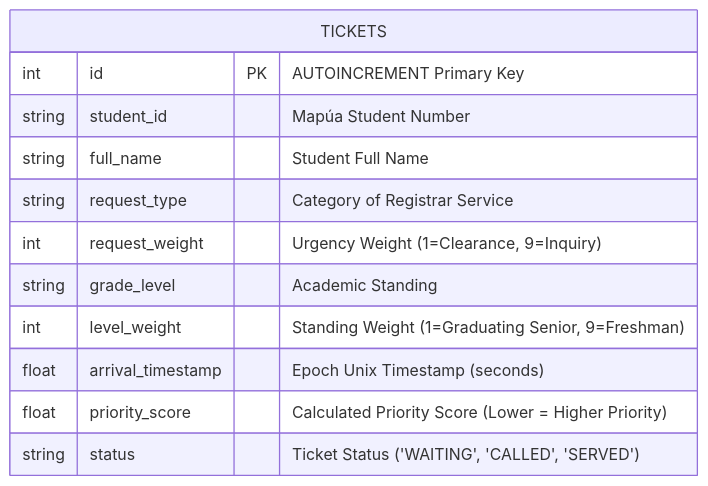
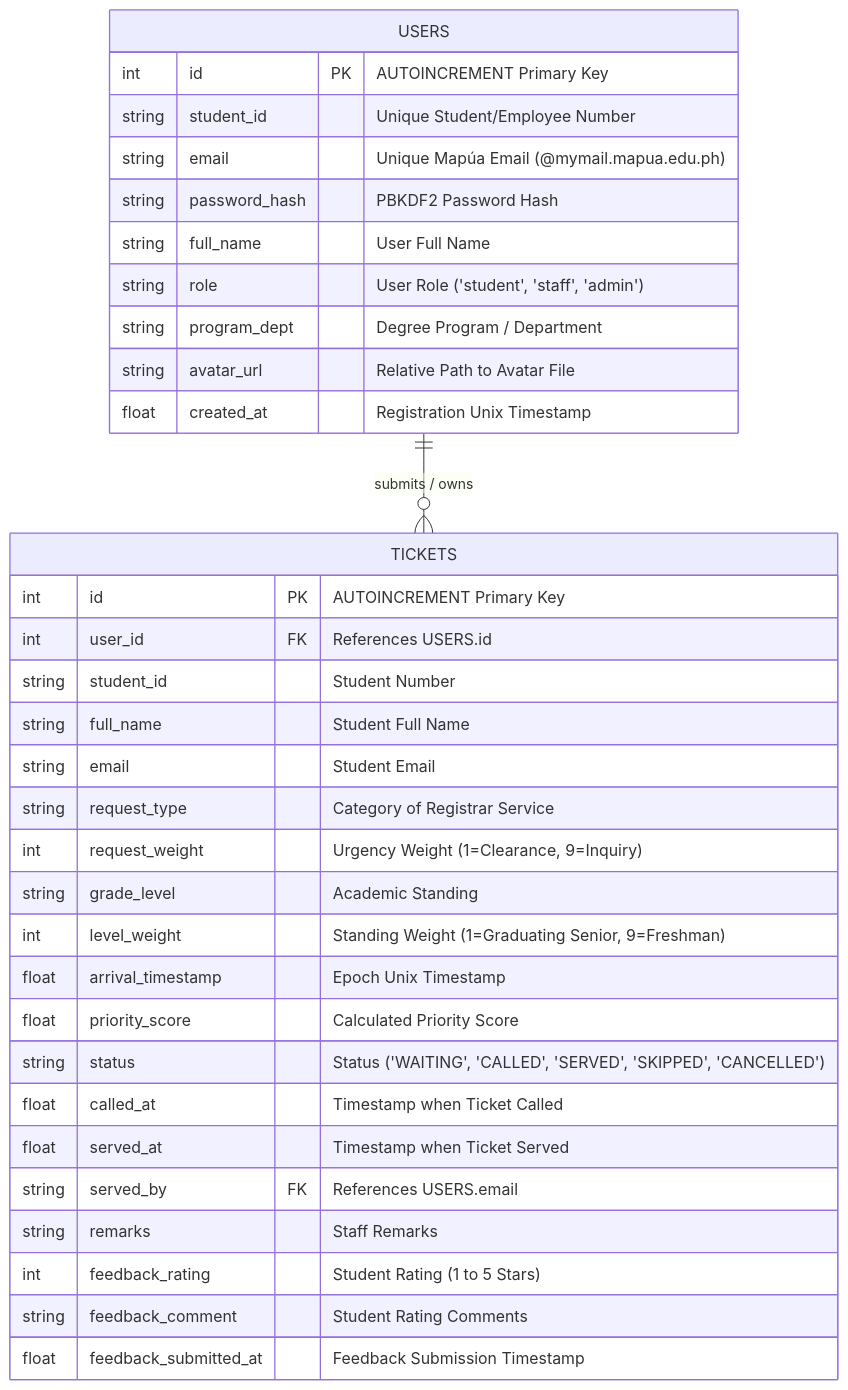
One commit to justinovate/cpe106l-4_finalproject changed the fifth of 5 diagrams in PROPOSAL.md. Above: the diagram before and after it, drawn with Mermaid. The commit also changed other lines of this file and 3 other files, not shown here.

````diff
--- a/PROPOSAL.md
+++ b/PROPOSAL.md
@@ -285,15 +322,37 @@
 ```mermaid
 erDiagram
+    USERS ||--o{ TICKETS : "submits / owns"
+    USERS {
+        int id PK "AUTOINCREMENT Primary Key"
+        string student_id "Unique Student/Employee Number"
+        string email "Unique Mapúa Email (@mymail.mapua.edu.ph)"
+        string password_hash "PBKDF2 Password Hash"
+        string full_name "User Full Name"
+        string role "User Role ('student', 'staff', 'admin')"
+        string program_dept "Degree Program / Department"
+        string avatar_url "Relative Path to Avatar File"
+        float created_at "Registration Unix Timestamp"
+    }
+
     TICKETS {
         int id PK "AUTOINCREMENT Primary Key"
-        string student_id "Mapúa Student Number"
+        int user_id FK "References USERS.id"
+        string student_id "Student Number"
         string full_name "Student Full Name"
+        string email "Student Email"
         string request_type "Category of Registrar Service"
         int request_weight "Urgency Weight (1=Clearance, 9=Inquiry)"
         string grade_level "Academic Standing"
         int level_weight "Standing Weight (1=Graduating Senior, 9=Freshman)"
-        float arrival_timestamp "Epoch Unix Timestamp (seconds)"
-        float priority_score "Calculated Priority Score (Lower = Higher Priority)"
-        string status "Ticket Status ('WAITING', 'CALLED', 'SERVED')"
+        float arrival_timestamp "Epoch Unix Timestamp"
+        float priority_score "Calculated Priority Score"
+        string status "Status ('WAITING', 'CALLED', 'SERVED', 'SKIPPED', 'CANCELLED')"
+        float called_at "Timestamp when Ticket Called"
+        float served_at "Timestamp when Ticket Served"
+        string served_by FK "References USERS.email"
+        string remarks "Staff Remarks"
+        int feedback_rating "Student Rating (1 to 5 Stars)"
+        string feedback_comment "Student Rating Comments"
+        float feedback_submitted_at "Feedback Submission Timestamp"
     }
 ```
````
